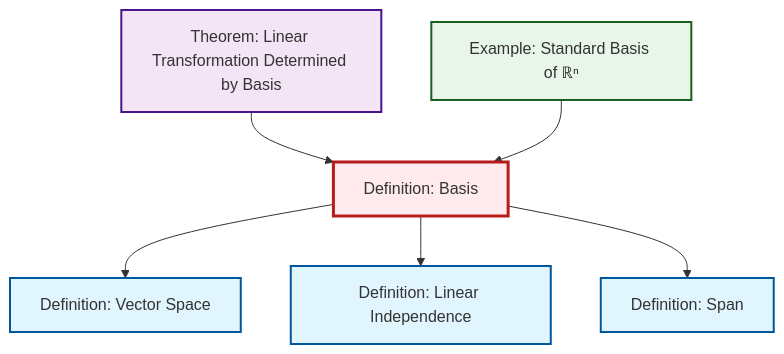
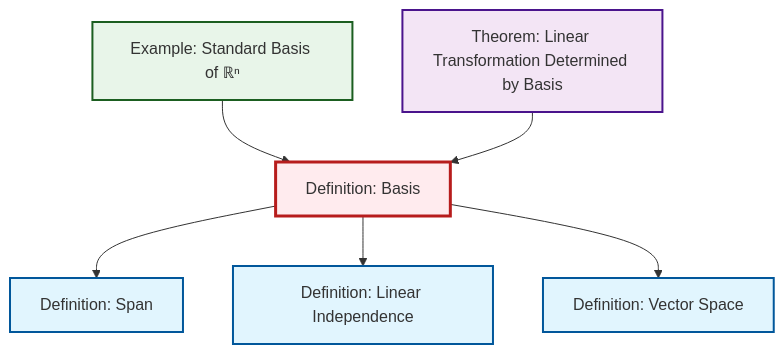
Before and after one commit to RK0429/ModernMath: the diagram in content/en/algebra/def-basis.qmd, drawn with Mermaid. The commit also changed other lines of this file and 491 other files, not shown here.

````diff
--- a/content/en/algebra/def-basis.qmd
+++ b/content/en/algebra/def-basis.qmd
@@ -48,26 +48,26 @@
 ```{mermaid}
 %%| fig-cap: "Local dependency graph"
 graph TD
     classDef definition fill:#e1f5fe,stroke:#01579b,stroke-width:2px
     classDef theorem fill:#f3e5f5,stroke:#4a148c,stroke-width:2px
     classDef axiom fill:#fff3e0,stroke:#e65100,stroke-width:2px
     classDef example fill:#e8f5e9,stroke:#1b5e20,stroke-width:2px
     classDef current fill:#ffebee,stroke:#b71c1c,stroke-width:3px
+    def-linear-independence["Definition: Linear Independence"]:::definition
     def-basis["Definition: Basis"]:::definition
+    def-vector-space["Definition: Vector Space"]:::definition
+    def-span["Definition: Span"]:::definition
     ex-standard-basis-rn["Example: Standard Basis of ℝⁿ"]:::example
-    def-span["Definition: Span"]:::definition
     thm-linear-transformation-basis["Theorem: Linear Transformation Determined by Basis"]:::theorem
-    def-linear-independence["Definition: Linear Independence"]:::definition
-    def-vector-space["Definition: Vector Space"]:::definition
-    def-basis --> def-vector-space
-    thm-linear-transformation-basis --> def-basis
-    def-basis --> def-linear-independence
     def-basis --> def-span
     ex-standard-basis-rn --> def-basis
+    def-basis --> def-linear-independence
+    thm-linear-transformation-basis --> def-basis
+    def-basis --> def-vector-space
     class def-basis current
-    click ex-standard-basis-rn "ex-standard-basis-rn.html" "Go to Standard Basis of ℝⁿ example"
-    click def-span "def-span.html" "Go to Span definition"
-    click thm-linear-transformation-basis "thm-linear-transformation-basis.html" "Go to Linear Transformation Determined by Basis theorem"
     click def-linear-independence "def-linear-independence.html" "Go to Linear Independence definition"
     click def-vector-space "def-vector-space.html" "Go to Vector Space definition"
+    click def-span "def-span.html" "Go to Span definition"
+    click ex-standard-basis-rn "ex-standard-basis-rn.html" "Go to Standard Basis of ℝⁿ example"
+    click thm-linear-transformation-basis "thm-linear-transformation-basis.html" "Go to Linear Transformation Determined by Basis theorem"
 ```
````
